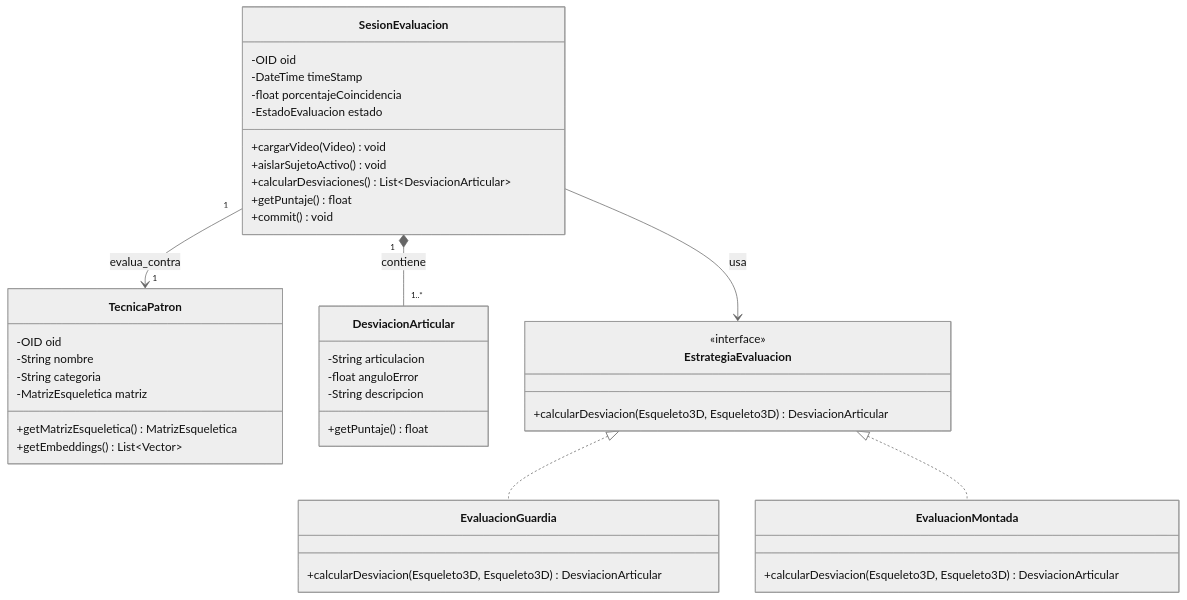
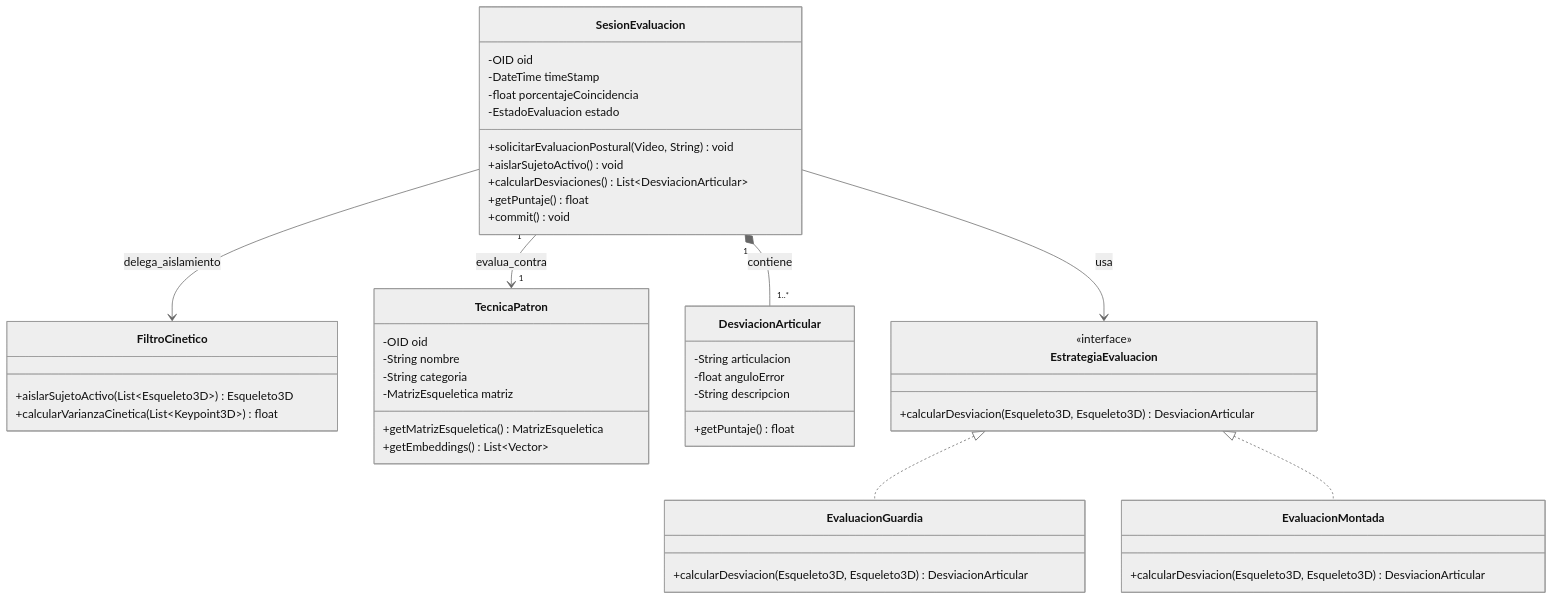
One commit to Tsmrain/JiuJitsu changed the ninth of 11 diagrams in README.md. Above: the diagram before and after it, drawn with Mermaid (neutral theme). The commit also changed other lines of this file, not shown here.

Commit message:
docs: update README with kinematic imputation techniques, pgvector integration, and FiltroCinetico architectural documentation

````diff
--- a/README.md
+++ b/README.md
@@ -866,49 +875,55 @@
 ```mermaid
 classDiagram
     class SesionEvaluacion {
         -OID oid
         -DateTime timeStamp
         -float porcentajeCoincidencia
         -EstadoEvaluacion estado
-        +cargarVideo(Video) void
+        +solicitarEvaluacionPostural(Video, String) void
         +aislarSujetoActivo() void
         +calcularDesviaciones() List~DesviacionArticular~
         +getPuntaje() float
         +commit() void
+    }
+
+    class FiltroCinetico {
+        +aislarSujetoActivo(List~Esqueleto3D~) Esqueleto3D
+        +calcularVarianzaCinetica(List~Keypoint3D~) float
     }
 
     class TecnicaPatron {
         -OID oid
         -String nombre
         -String categoria
         -MatrizEsqueletica matriz
         +getMatrizEsqueletica() MatrizEsqueletica
         +getEmbeddings() List~Vector~
     }
 
     class DesviacionArticular {
         -String articulacion
         -float anguloError
         -String descripcion
         +getPuntaje() float
     }
 
     class EstrategiaEvaluacion {
         <<interface>>
         +calcularDesviacion(Esqueleto3D, Esqueleto3D) DesviacionArticular
     }
 
     class EvaluacionGuardia {
         +calcularDesviacion(Esqueleto3D, Esqueleto3D) DesviacionArticular
     }
 
     class EvaluacionMontada {
         +calcularDesviacion(Esqueleto3D, Esqueleto3D) DesviacionArticular
     }
 
     SesionEvaluacion "1" *-- "1..*" DesviacionArticular : contiene
     SesionEvaluacion "1" --> "1" TecnicaPatron : evalua_contra
     SesionEvaluacion --> EstrategiaEvaluacion : usa
+    SesionEvaluacion --> FiltroCinetico : delega_aislamiento
     EstrategiaEvaluacion <|.. EvaluacionGuardia
     EstrategiaEvaluacion <|.. EvaluacionMontada
 ```
````
